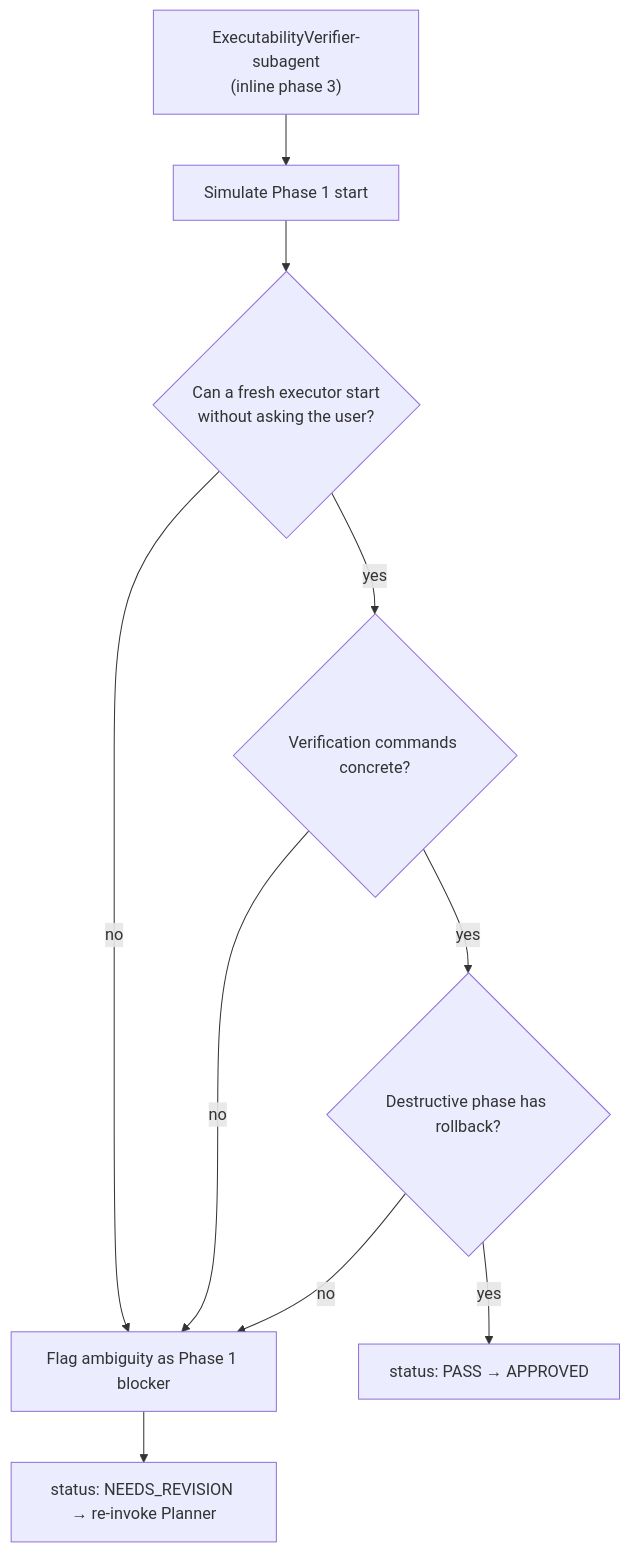
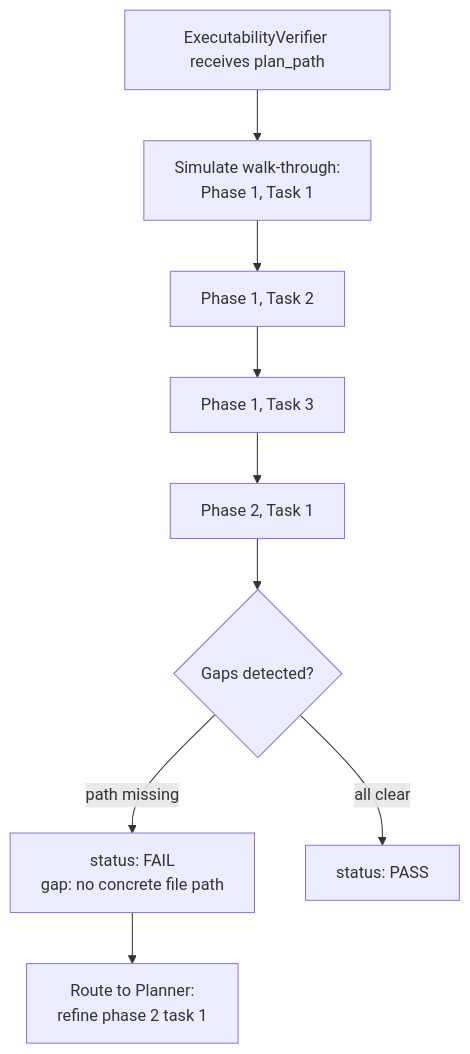
Before and after one commit to Smithbox-ai/ControlFlow: the fourth of 7 diagrams in docs/tutorial-en/15-case-studies.md, drawn with Mermaid. The commit also changed other lines of this file and 416 other files, not shown here.

````diff
--- a/docs/tutorial-en/15-case-studies.md
+++ b/docs/tutorial-en/15-case-studies.md
@@ -116,21 +105,11 @@
 ```mermaid
 flowchart TD
-    EV["ExecutabilityVerifier-subagent<br/>(inline phase 3)"]
-    W1[Simulate Phase 1 start]
-    Q{Can a fresh executor start<br/>without asking the user?}
-    Gap[Flag ambiguity as Phase 1 blocker]
-    Cmd{Verification commands concrete?}
-    RB{Destructive phase has rollback?}
-    Pass[status: PASS → APPROVED]
-    Fail[status: NEEDS_REVISION → re-invoke Planner]
-
-    EV --> W1
-    W1 --> Q
-    Q -->|no| Gap
-    Q -->|yes| Cmd
-    Cmd -->|no| Gap
-    Cmd -->|yes| RB
-    RB -->|no| Gap
-    RB -->|yes| Pass
-    Gap --> Fail
+    EV[ExecutabilityVerifier receives plan_path] --> W1[Simulate walk-through:\nPhase 1, Task 1]
+    W1 --> W2[Phase 1, Task 2]
+    W2 --> W3[Phase 1, Task 3]
+    W3 --> W4[Phase 2, Task 1]
+    W4 --> Gap{Gaps detected?}
+    Gap -->|path missing| Fail[status: FAIL\ngap: no concrete file path]
+    Gap -->|all clear| Pass[status: PASS]
+    Fail --> Planner[Route to Planner:\nrefine phase 2 task 1]
 ```
````
